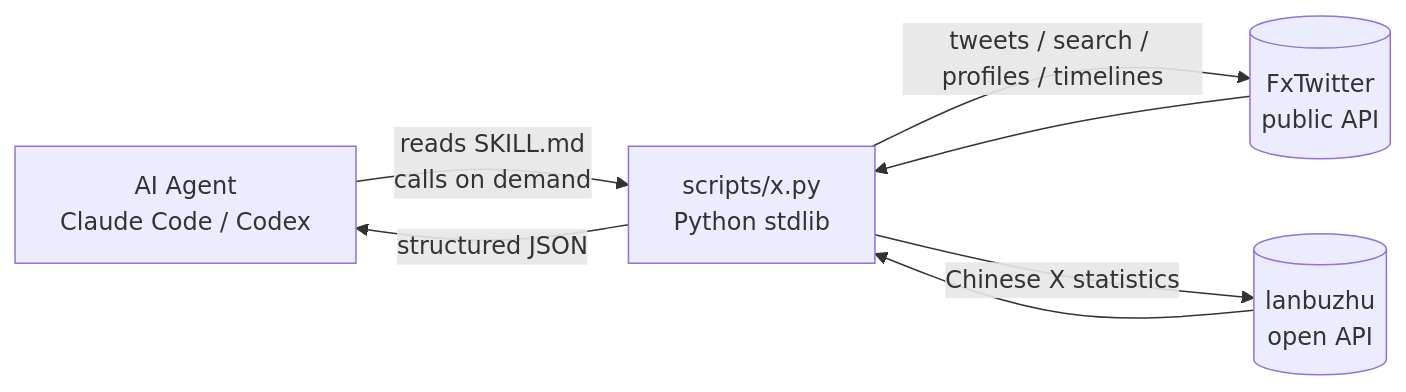
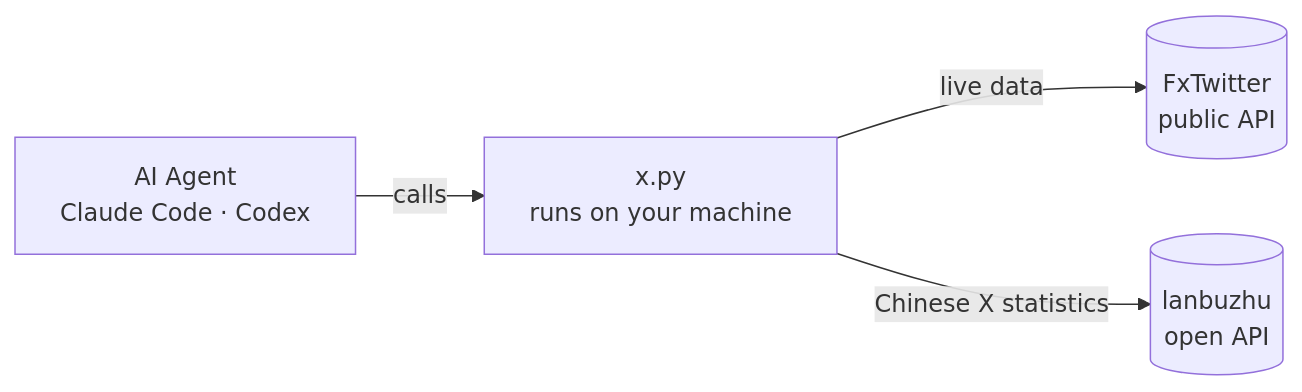
Before and after one commit to qianyubtc/X-Aggregate-Data: the diagram in README.en.md, drawn with Mermaid. The commit also changed other lines of this file and 1 other file, not shown here.

Commit message:
README：架构图改成单向流程、JSON 示例分行

````diff
--- a/README.en.md
+++ b/README.en.md
@@ -186,9 +193,6 @@
 ```mermaid
 flowchart LR
-    A[AI Agent<br/>Claude Code / Codex] -- reads SKILL.md<br/>calls on demand --> B[scripts/x.py<br/>Python stdlib]
-    B -- tweets / search / profiles / timelines --> C[(FxTwitter<br/>public API)]
-    B -- Chinese X statistics --> D[(lanbuzhu<br/>open API)]
-    C --> B
-    D --> B
-    B -- structured JSON --> A
+    A["AI Agent<br/>Claude Code · Codex"] -->|calls| B["x.py<br/>runs on your machine"]
+    B -->|live data| C[("FxTwitter<br/>public API")]
+    B -->|Chinese X statistics| D[("lanbuzhu<br/>open API")]
 ```
````
